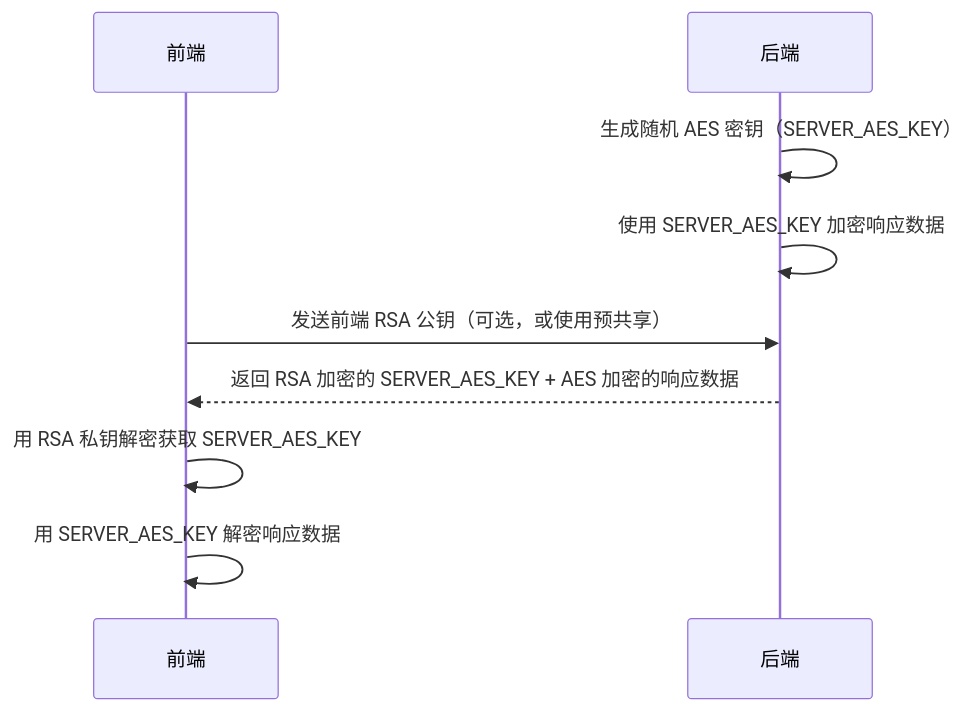
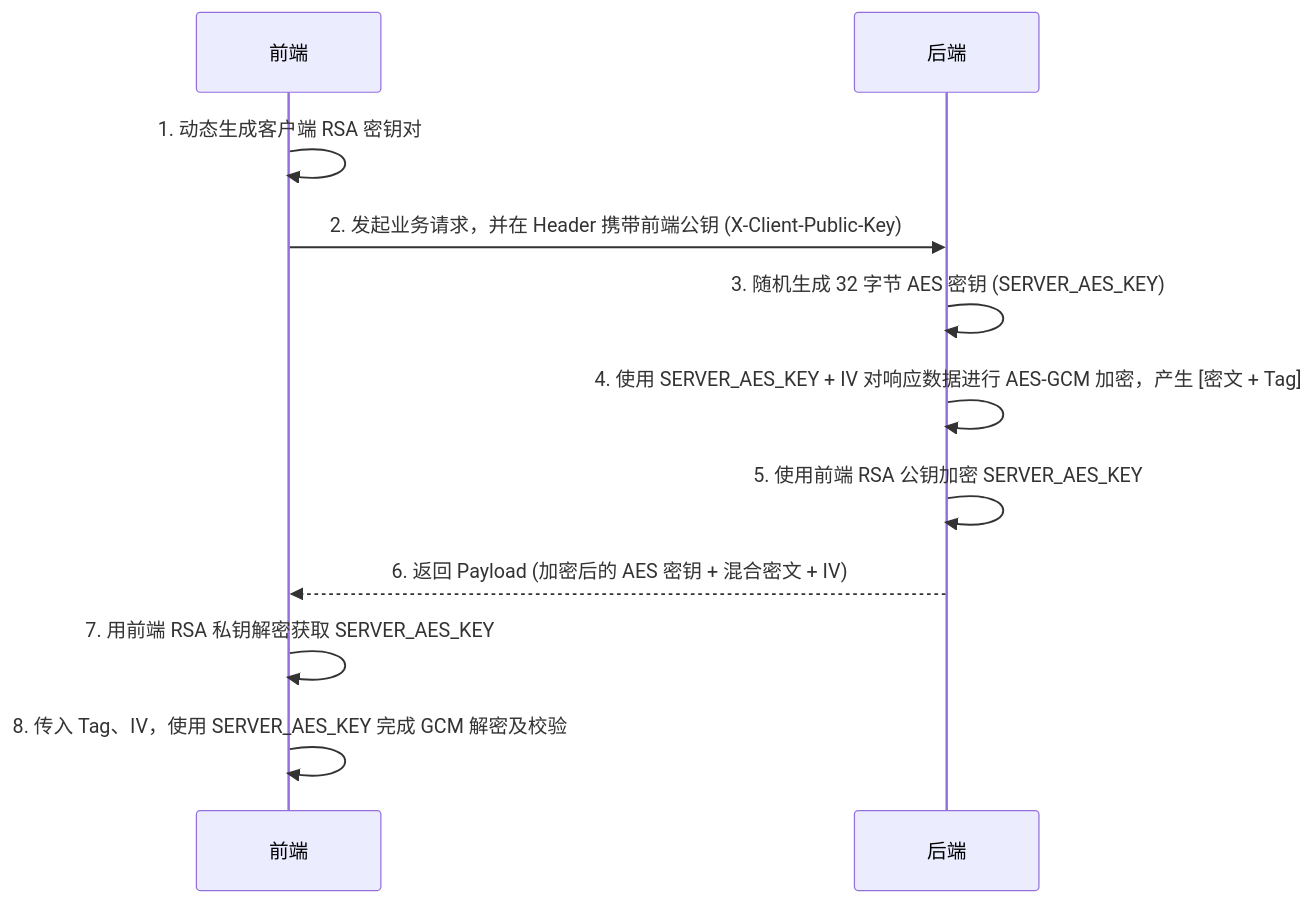
Before and after one commit to weihongyu12/web: the second of 2 diagrams in docs/features/encrypt/README.md, drawn with Mermaid. The commit also changed other lines of this file, not shown here.

````diff
--- a/docs/features/encrypt/README.md
+++ b/docs/features/encrypt/README.md
@@ -1520,12 +1626,14 @@
 ```mermaid
 sequenceDiagram
     participant 前端
     participant 后端
 
-    后端->>后端: 生成随机 AES 密钥（SERVER_AES_KEY）
-    后端->>后端: 使用 SERVER_AES_KEY 加密响应数据
-    前端->>后端: 发送前端 RSA 公钥（可选，或使用预共享）
-    后端-->>前端: 返回 RSA 加密的 SERVER_AES_KEY + AES 加密的响应数据
-    前端->>前端: 用 RSA 私钥解密获取 SERVER_AES_KEY
-    前端->>前端: 用 SERVER_AES_KEY 解密响应数据
+    前端->>前端: 1. 动态生成客户端 RSA 密钥对
+    前端->>后端: 2. 发起业务请求，并在 Header 携带前端公钥 (X-Client-Public-Key)
+    后端->>后端: 3. 随机生成 32 字节 AES 密钥 (SERVER_AES_KEY)
+    后端->>后端: 4. 使用 SERVER_AES_KEY + IV 对响应数据进行 AES-GCM 加密，产生 [密文 + Tag]
+    后端->>后端: 5. 使用前端 RSA 公钥加密 SERVER_AES_KEY
+    后端-->>前端: 6. 返回 Payload (加密后的 AES 密钥 + 混合密文 + IV)
+    前端->>前端: 7. 用前端 RSA 私钥解密获取 SERVER_AES_KEY
+    前端->>前端: 8. 传入 Tag、IV，使用 SERVER_AES_KEY 完成 GCM 解密及校验
 ```
````
